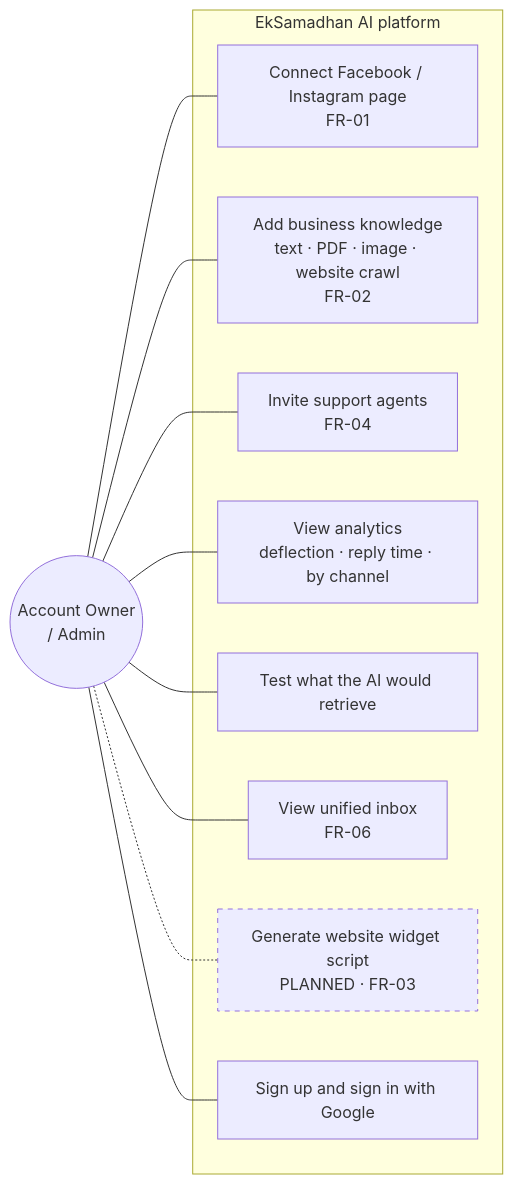
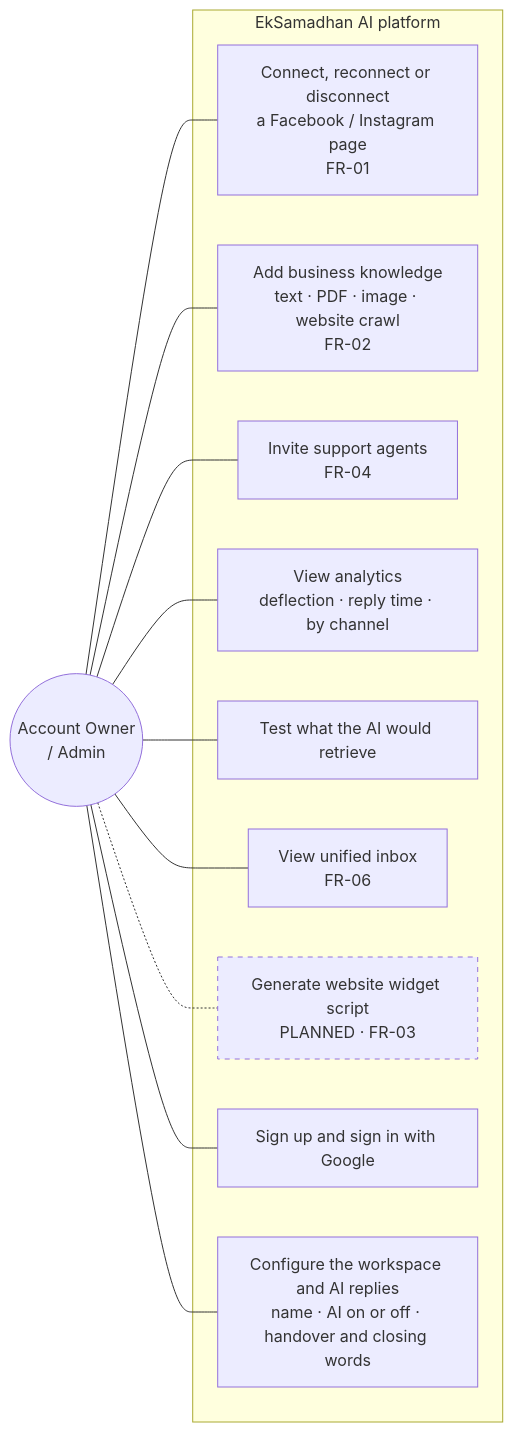
Before and after one commit to SayubShakya/eksamadhan-ai: the first of 5 diagrams in docs/system-design/new-system-design/use-case/README.md, drawn with Mermaid. The commit also changed other lines of this file and 60 other files, not shown here.

Commit message:
feat: settings page for the workspace, AI replies and your account

````diff
--- a/docs/system-design/new-system-design/use-case/README.md
+++ b/docs/system-design/new-system-design/use-case/README.md
@@ -21,23 +21,25 @@
 ```mermaid
 flowchart LR
     owner(("Account Owner<br/>/ Admin"))
     subgraph s1["EkSamadhan AI platform"]
-        a1["Connect Facebook / Instagram page<br/>FR-01"]
+        a1["Connect, reconnect or disconnect<br/>a Facebook / Instagram page<br/>FR-01"]
         a2["Add business knowledge<br/>text · PDF · image · website crawl<br/>FR-02"]
         a3["Invite support agents<br/>FR-04"]
         a4["View analytics<br/>deflection · reply time · by channel"]
         a5["Test what the AI would retrieve"]
         a6["View unified inbox<br/>FR-06"]
         a7["Generate website widget script<br/>PLANNED · FR-03"]
         a8["Sign up and sign in with Google"]
+        a9["Configure the workspace and AI replies<br/>name · AI on or off · handover and closing words"]
     end
     owner --- a1
     owner --- a2
     owner --- a3
     owner --- a4
     owner --- a5
     owner --- a6
     owner --- a8
+    owner --- a9
     owner -.- a7
     style a7 stroke-dasharray: 5 5
 ```
````
